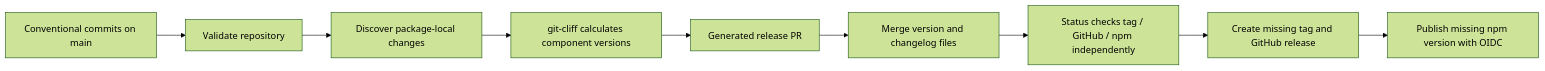
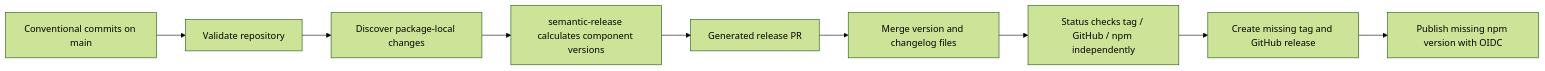
One commit to zeldrisho/pi-packages changed the third of 3 diagrams in docs/architecture.md. Above: the diagram before and after it, drawn with Mermaid (forest theme). The commit also changed other lines of this file and 11 other files, not shown here.

Commit message:
build(release): migrate to semantic-release

````diff
--- a/docs/architecture.md
+++ b/docs/architecture.md
@@ -80,11 +80,11 @@
 ```mermaid
 flowchart LR
   A[Conventional commits on main] --> B[Validate repository]
   B --> C[Discover package-local changes]
-  C --> D[git-cliff calculates component versions]
+  C --> D[semantic-release calculates component versions]
   D --> E[Generated release PR]
   E --> F[Merge version and changelog files]
   F --> G[Status checks tag / GitHub / npm independently]
   G --> H[Create missing tag and GitHub release]
   H --> I[Publish missing npm version with OIDC]
 ```
````
